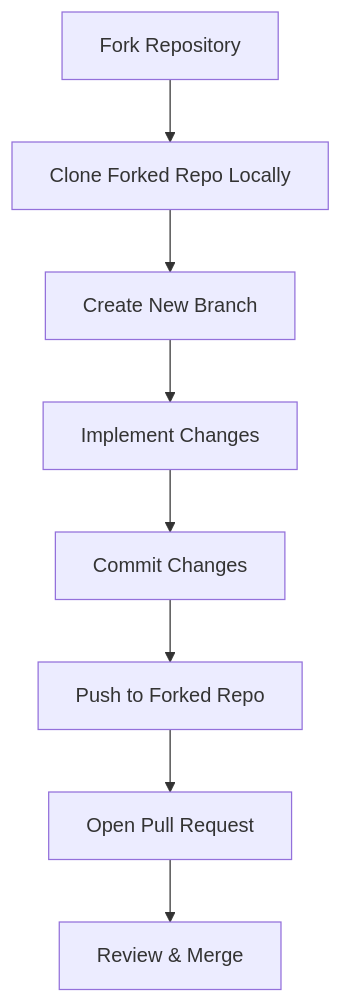
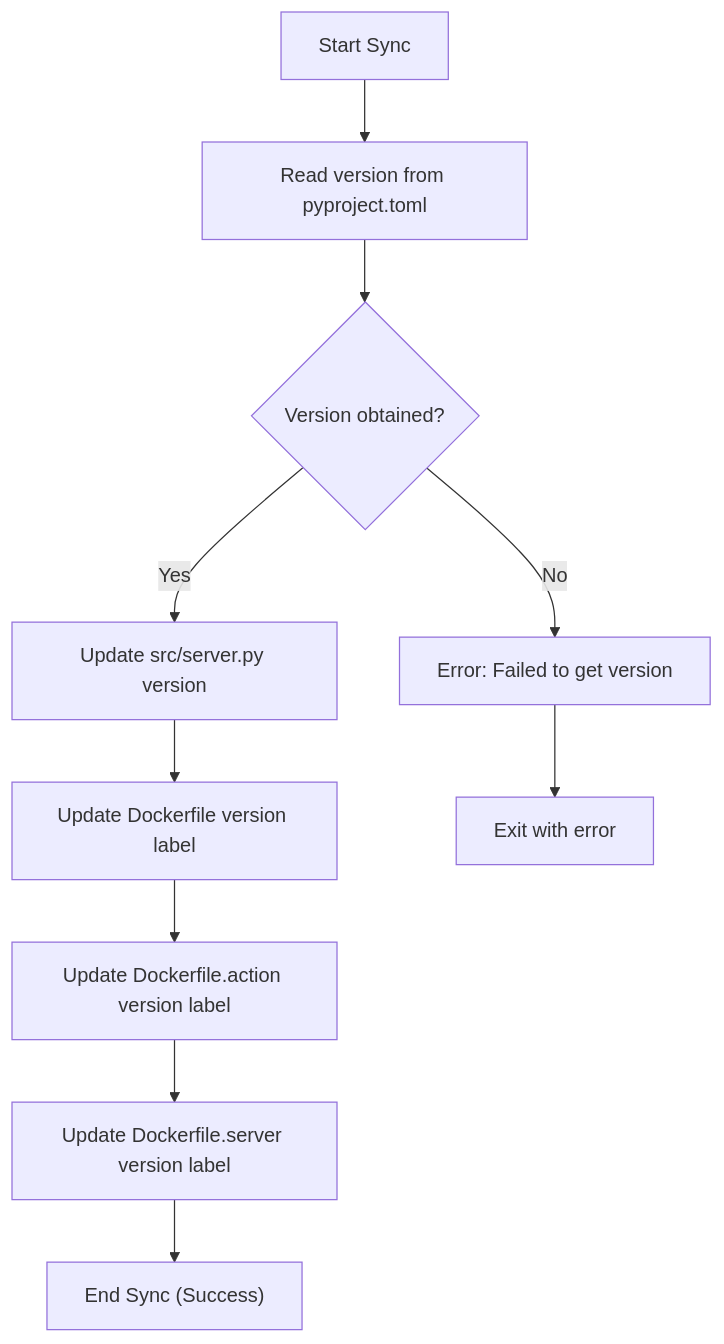
One commit to catuscio/wiki-as-readme changed diagram 20 of 24 in examples/wiki_as_README.md. Above: the diagram before and after it, drawn with Mermaid. The commit also changed other lines of this file, not shown here.

````diff
--- a/examples/wiki_as_README.md
+++ b/examples/wiki_as_README.md
@@ -2220,10 +2557,12 @@
 ```mermaid
 graph TD
-    A["Fork Repository"] --> B["Clone Forked Repo Locally"];
-    B --> C["Create New Branch"];
-    C --> D["Implement Changes"];
-    D --> E["Commit Changes"];
-    E --> F["Push to Forked Repo"];
-    F --> G["Open Pull Request"];
-    G --> H["Review & Merge"];
+    A["Start Sync"] --> B["Read version from pyproject.toml"];
+    B --> C{"Version obtained?"};
+    C -- "Yes" --> D["Update src/server.py version"];
+    D --> E["Update Dockerfile version label"];
+    E --> F["Update Dockerfile.action version label"];
+    F --> G["Update Dockerfile.server version label"];
+    G --> H["End Sync (Success)"];
+    C -- "No" --> I["Error: Failed to get version"];
+    I --> J["Exit with error"];
 ```
````
